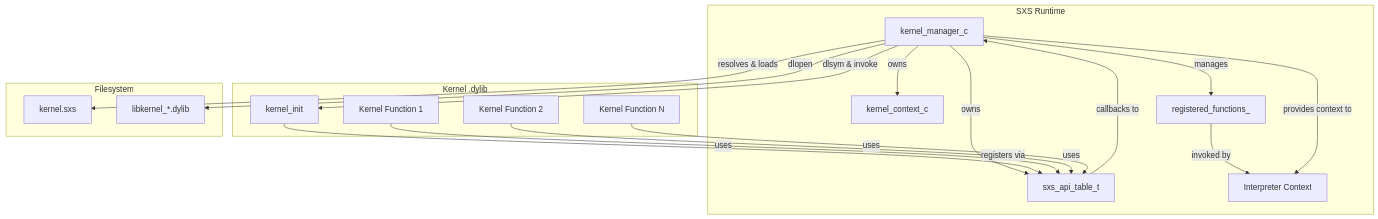
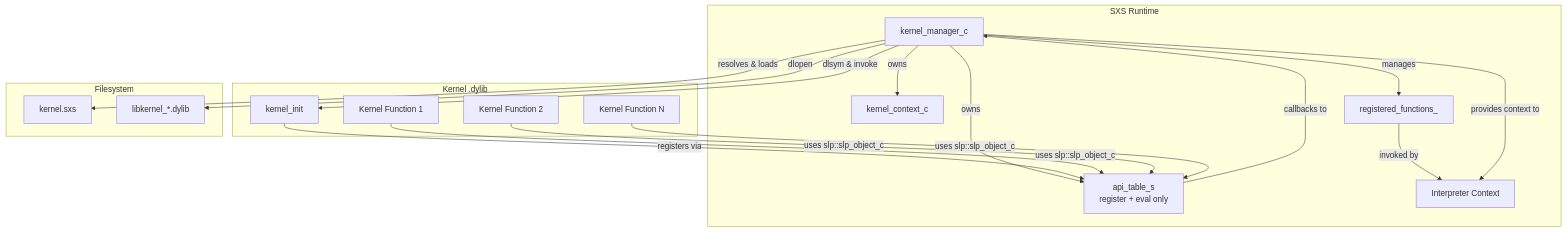
One commit to bosley/sxs changed the first of 3 diagrams in apps/pkg/core/kernels/kernels.md. Above: the diagram before and after it, drawn with Mermaid. The commit also changed other lines of this file and 47 other files, not shown here.

````diff
--- a/apps/pkg/core/kernels/kernels.md
+++ b/apps/pkg/core/kernels/kernels.md
@@ -17,36 +18,36 @@
 ```mermaid
 graph TB
     subgraph "SXS Runtime"
         KM[kernel_manager_c]
         KC[kernel_context_c]
-        API[sxs_api_table_t]
+        API[api_table_s<br/>register + eval only]
         RF[registered_functions_]
         IC[Interpreter Context]
     end
     
     subgraph "Kernel .dylib"
         KI[kernel_init]
         KF1[Kernel Function 1]
         KF2[Kernel Function 2]
         KFN[Kernel Function N]
     end
     
     subgraph "Filesystem"
         KS[kernel.sxs]
         DL[libkernel_*.dylib]
     end
     
     KM -->|owns| KC
     KM -->|owns| API
     KM -->|manages| RF
     KM -->|resolves & loads| KS
     KM -->|dlopen| DL
     KM -->|dlsym & invoke| KI
     KI -->|registers via| API
     API -->|callbacks to| KM
-    KF1 -->|uses| API
-    KF2 -->|uses| API
-    KFN -->|uses| API
+    KF1 -->|uses slp::slp_object_c| API
+    KF2 -->|uses slp::slp_object_c| API
+    KFN -->|uses slp::slp_object_c| API
     RF -->|invoked by| IC
     KM -->|provides context to| IC
 ```
````
